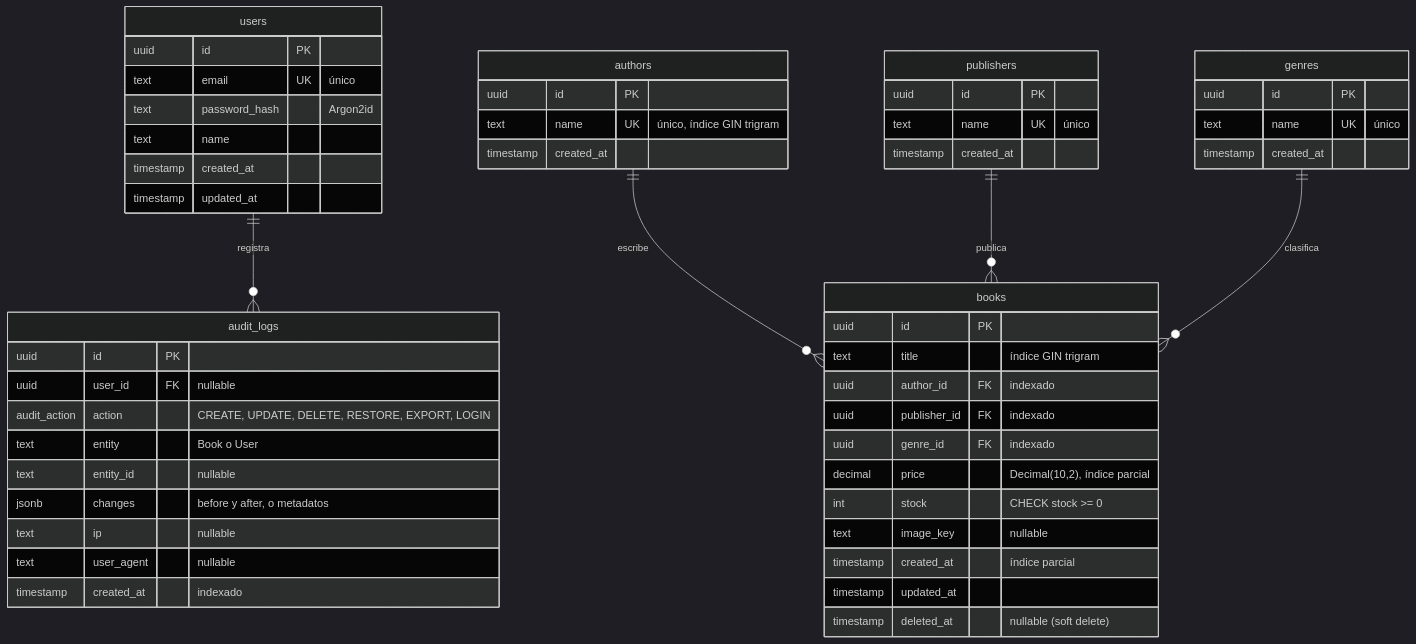
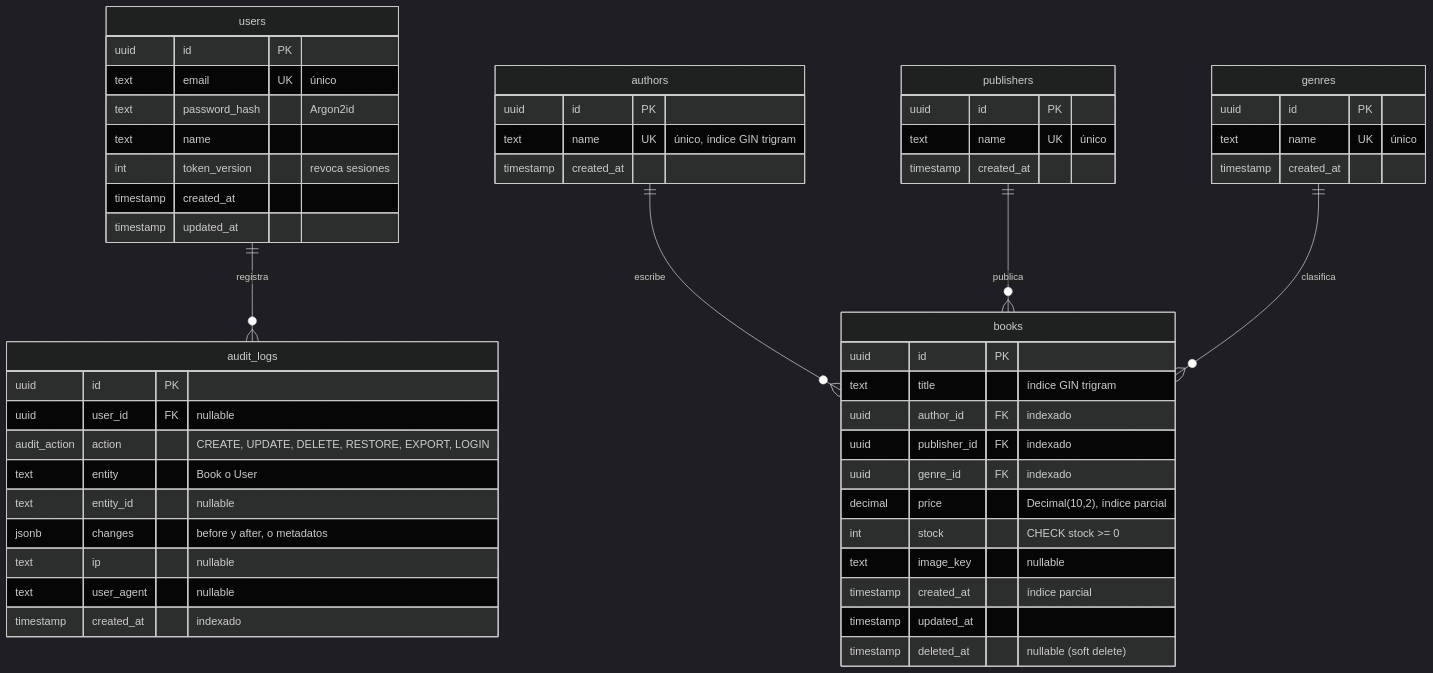
One commit to erikjara/cmpc-libros changed the diagram in docs/database.md. Above: the diagram before and after it, drawn with Mermaid (dark theme). The commit also changed other lines of this file and 4 other files, not shown here.

````diff
--- a/docs/database.md
+++ b/docs/database.md
@@ -10,60 +10,61 @@
 ```mermaid
 erDiagram
     users ||--o{ audit_logs : "registra"
     authors ||--o{ books : "escribe"
     publishers ||--o{ books : "publica"
     genres ||--o{ books : "clasifica"
 
     users {
         uuid id PK
         text email UK "único"
         text password_hash "Argon2id"
         text name
+        int token_version "revoca sesiones"
         timestamp created_at
         timestamp updated_at
     }
 
     authors {
         uuid id PK
         text name UK "único, índice GIN trigram"
         timestamp created_at
     }
 
     publishers {
         uuid id PK
         text name UK "único"
         timestamp created_at
     }
 
     genres {
         uuid id PK
         text name UK "único"
         timestamp created_at
     }
 
     books {
         uuid id PK
         text title "índice GIN trigram"
         uuid author_id FK "indexado"
         uuid publisher_id FK "indexado"
         uuid genre_id FK "indexado"
         decimal price "Decimal(10,2), índice parcial"
         int stock "CHECK stock >= 0"
         text image_key "nullable"
         timestamp created_at "índice parcial"
         timestamp updated_at
         timestamp deleted_at "nullable (soft delete)"
     }
 
     audit_logs {
         uuid id PK
         uuid user_id FK "nullable"
         audit_action action "CREATE, UPDATE, DELETE, RESTORE, EXPORT, LOGIN"
         text entity "Book o User"
         text entity_id "nullable"
         jsonb changes "before y after, o metadatos"
         text ip "nullable"
         text user_agent "nullable"
         timestamp created_at "indexado"
     }
 ```
````
